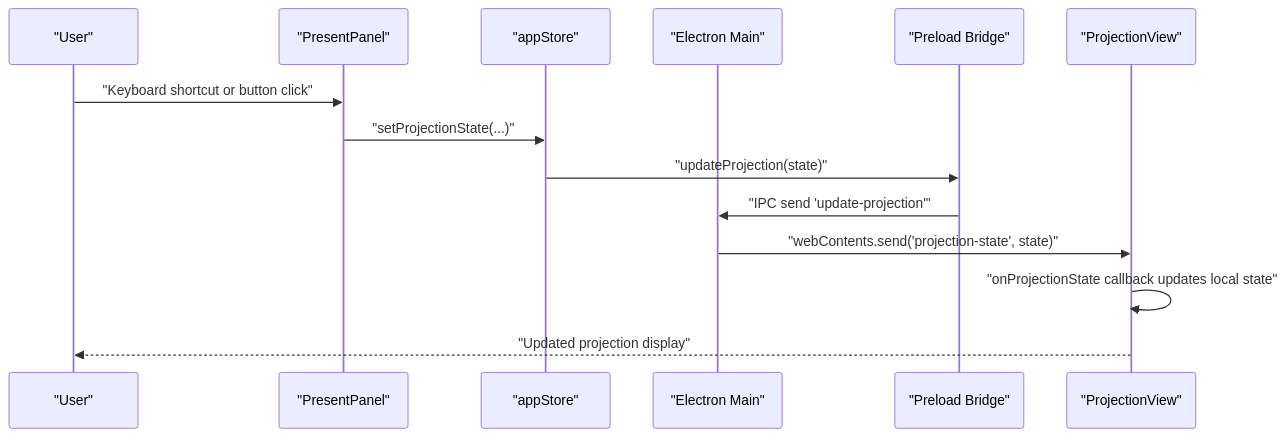
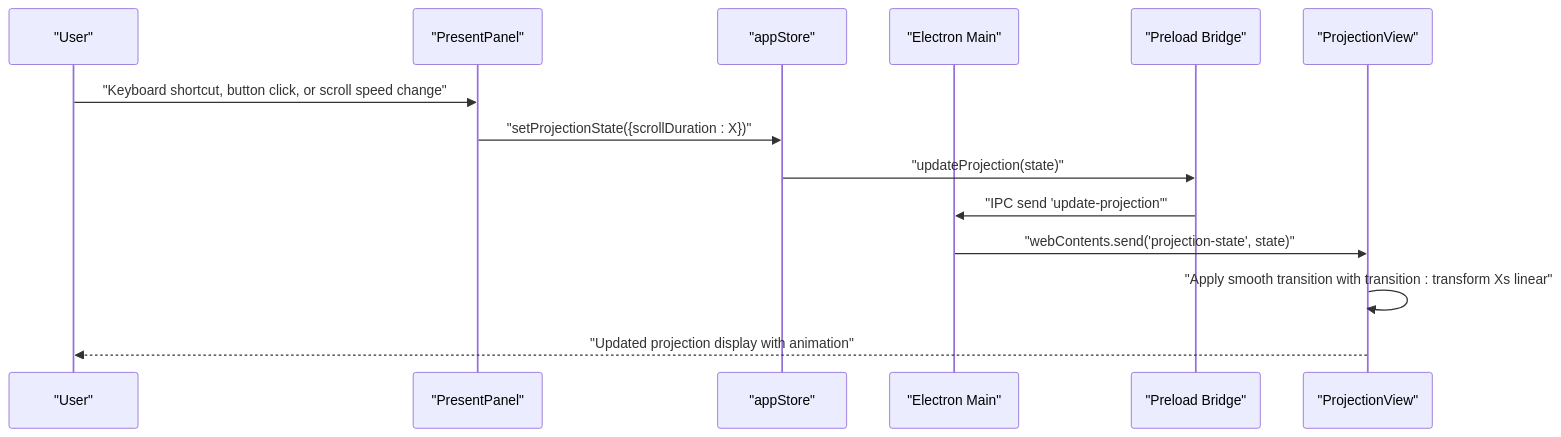
Before and after one commit to jimmywyk/lyricdeck: the second of 4 diagrams in .qoder/repowiki/en/content/Architecture Overview/Component Architecture/Presentation Panel.md, drawn with Mermaid. The commit also changed other lines of this file and 8 other files, not shown here.

````diff
--- a/.qoder/repowiki/en/content/Architecture Overview/Component Architecture/Presentation Panel.md
+++ b/.qoder/repowiki/en/content/Architecture Overview/Component Architecture/Presentation Panel.md
@@ -119,16 +129,16 @@
 ```mermaid
 sequenceDiagram
 participant User as "User"
 participant PP as "PresentPanel"
 participant Store as "appStore"
 participant Main as "Electron Main"
 participant Preload as "Preload Bridge"
 participant PV as "ProjectionView"
-User->>PP : "Keyboard shortcut or button click"
-PP->>Store : "setProjectionState(...)"
+User->>PP : "Keyboard shortcut, button click, or scroll speed change"
+PP->>Store : "setProjectionState({scrollDuration : X})"
 Store->>Preload : "updateProjection(state)"
 Preload->>Main : "IPC send 'update-projection'"
 Main->>PV : "webContents.send('projection-state', state)"
-PV->>PV : "onProjectionState callback updates local state"
-PV-->>User : "Updated projection display"
+PV->>PV : "Apply smooth transition with transition : transform Xs linear"
+PV-->>User : "Updated projection display with animation"
 ```
````
